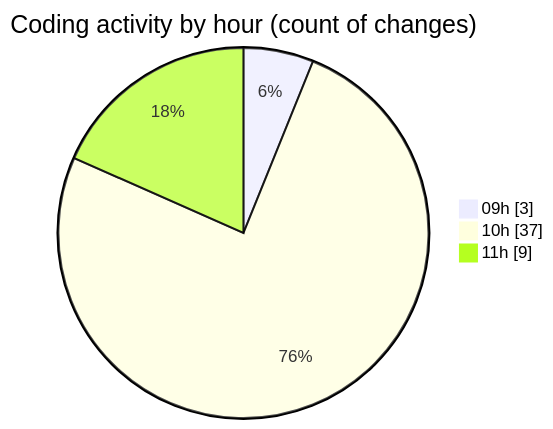
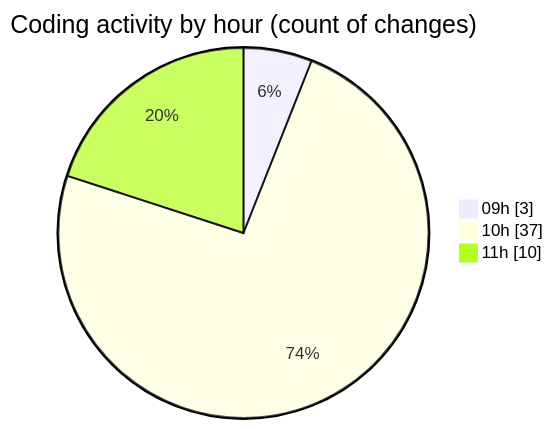
The second of 2 diagrams in 2025-05-02/ecodeli/README.md (CELIANVF/code-tracking), drawn with Mermaid before and after one commit. The commit also changed other lines of this file and 1 other file, not shown here.

````diff
--- a/2025-05-02/ecodeli/README.md
+++ b/2025-05-02/ecodeli/README.md
@@ -52,7 +52,7 @@
 ```mermaid
 pie showData
 title Coding activity by hour (count of changes)
 "09h" : 3
 "10h" : 37
-"11h" : 9
+"11h" : 10
 ```
````
